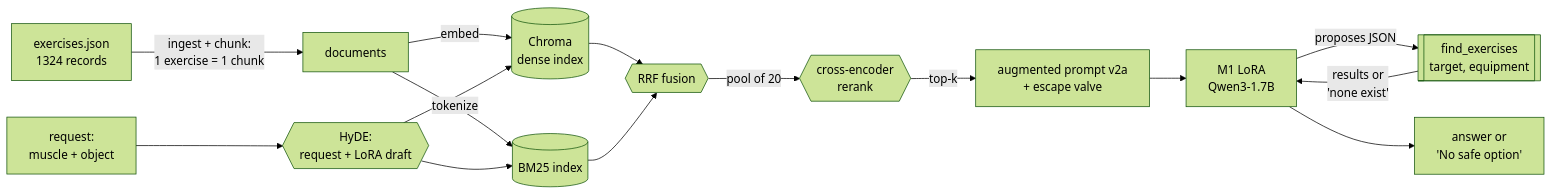
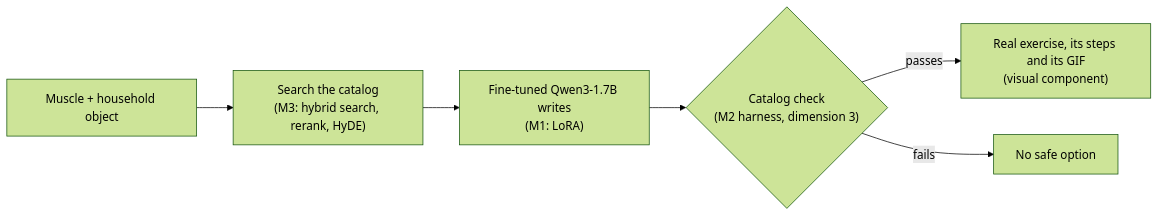
One commit to iamcroody/JoseJimenez-JuanYoung-AlbertoCervantes-DavidCuadros changed the diagram in README.md. Above: the diagram before and after it, drawn with Mermaid (forest theme). The commit also changed other lines of this file and 12 other files, not shown here.

````diff
--- a/README.md
+++ b/README.md
@@ -428,17 +22,8 @@
 ```mermaid
 flowchart LR
-    A[exercises.json<br/>1324 records] -->|ingest + chunk:<br/>1 exercise = 1 chunk| B[documents]
-    B -->|embed| C[(Chroma<br/>dense index)]
-    B -->|tokenize| D[(BM25 index)]
-    Q[request:<br/>muscle + object] --> H{{HyDE:<br/>request + LoRA draft}}
-    H --> C
-    H --> D
-    C --> F{{RRF fusion}}
-    D --> F
-    F -->|pool of 20| R{{cross-encoder<br/>rerank}}
-    R -->|top-k| P[augmented prompt v2a<br/>+ escape valve]
-    P --> G[M1 LoRA<br/>Qwen3-1.7B]
-    G -->|proposes JSON| T[[find_exercises<br/>target, equipment]]
-    T -->|results or<br/>'none exist'| G
-    G --> O[answer or<br/>'No safe option']
+    A["Muscle + household object"] --> B["Search the catalog<br/>(M3: hybrid search, rerank, HyDE)"]
+    B --> C["Fine-tuned Qwen3-1.7B writes<br/>(M1: LoRA)"]
+    C --> D{"Catalog check<br/>(M2 harness, dimension 3)"}
+    D -- passes --> E["Real exercise, its steps and its GIF<br/>(visual component)"]
+    D -- fails --> F["No safe option"]
 ```
````
